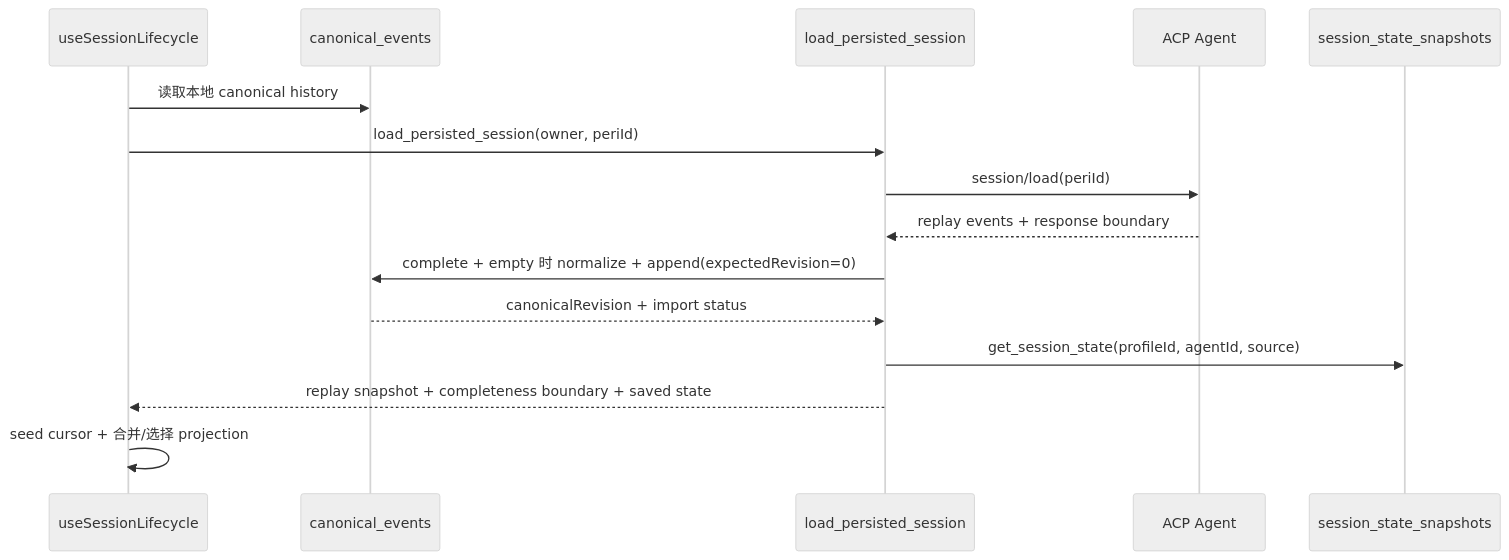
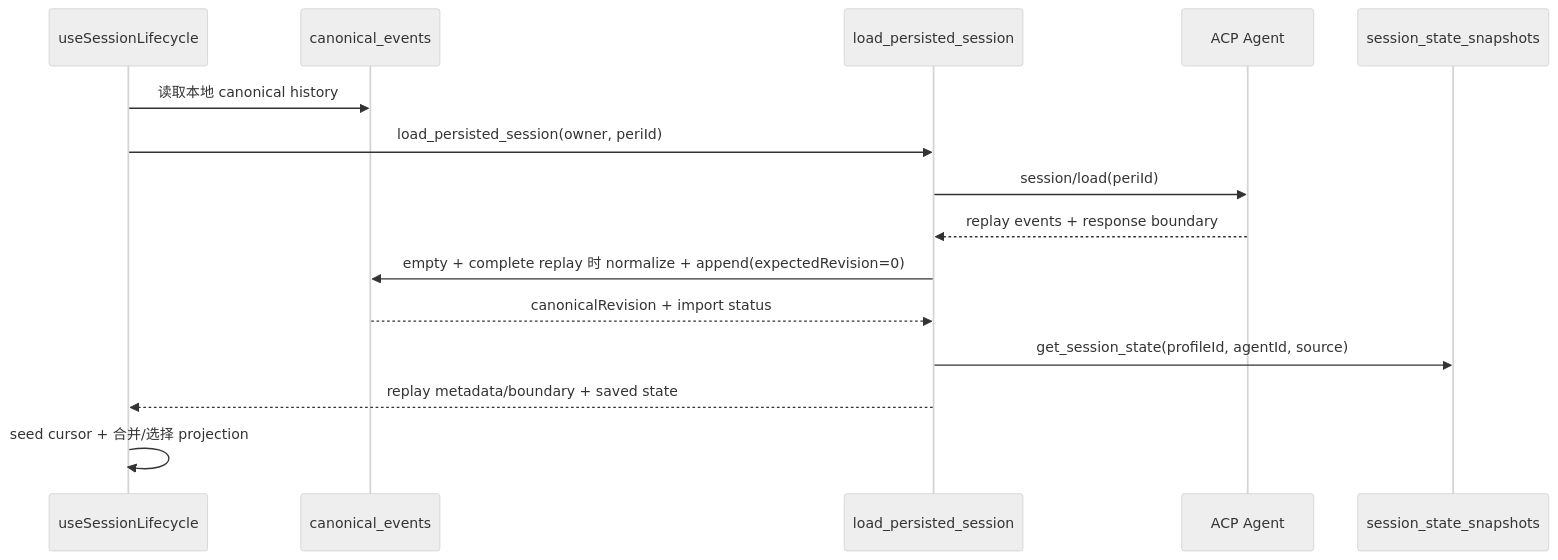
Before and after one commit to AlchemistCxC/Pylon-co-works: the fifth of 7 diagrams in docs/说明书/Pylon-项目架构参考.md, drawn with Mermaid (neutral theme). The commit also changed other lines of this file and 2 other files, not shown here.

First line of the commit message:
docs(chat): synchronize replay authority trace wording

````diff
--- a/docs/说明书/Pylon-项目架构参考.md
+++ b/docs/说明书/Pylon-项目架构参考.md
@@ -192,18 +192,18 @@
 ```mermaid
 sequenceDiagram
   participant UI as useSessionLifecycle
   participant EventDB as canonical_events
   participant Rust as load_persisted_session
   participant Agent as ACP Agent
   participant StateDB as session_state_snapshots
 
   UI->>EventDB: 读取本地 canonical history
   UI->>Rust: load_persisted_session(owner, periId)
   Rust->>Agent: session/load(periId)
   Agent-->>Rust: replay events + response boundary
-  Rust->>EventDB: complete + empty 时 normalize + append(expectedRevision=0)
+  Rust->>EventDB: empty + complete replay 时 normalize + append(expectedRevision=0)
   EventDB-->>Rust: canonicalRevision + import status
   Rust->>StateDB: get_session_state(profileId, agentId, source)
-  Rust-->>UI: replay snapshot + completeness boundary + saved state
+  Rust-->>UI: replay metadata/boundary + saved state
   UI->>UI: seed cursor + 合并/选择 projection
 ```
````
